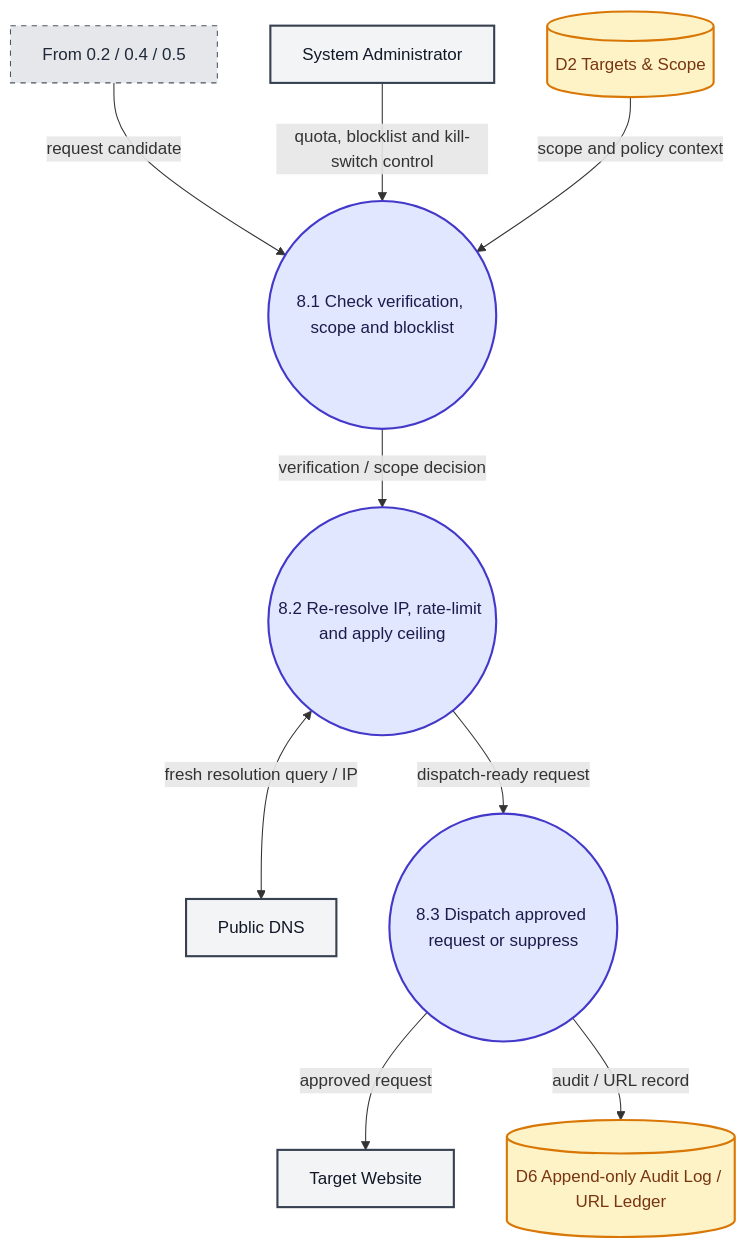
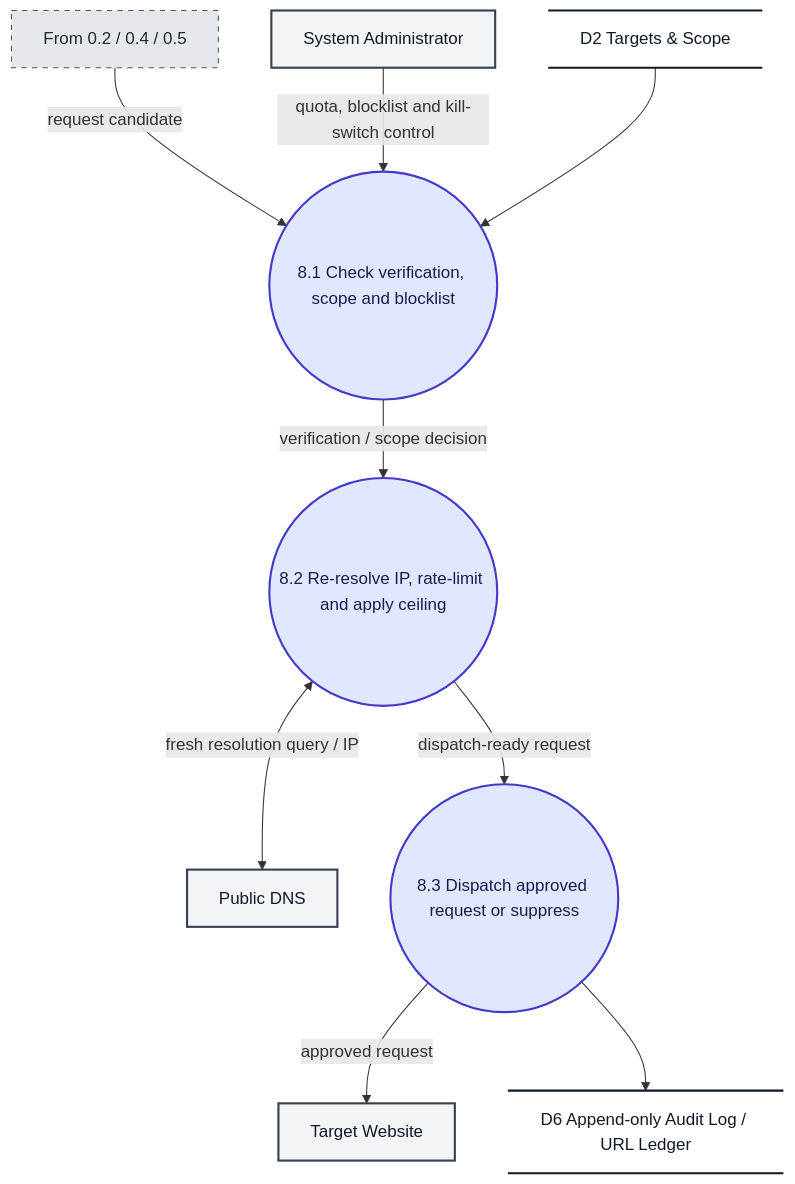
Before and after one commit to ksacheth/software-engineering: the tenth of 10 diagrams in docs/Website_Vulnerability_Scanner_DFD.md, drawn with Mermaid. The commit also changed other lines of this file and 25 other files, not shown here.

Commit message:
docs(dfd): standardize data store flows

````diff
--- a/docs/Website_Vulnerability_Scanner_DFD.md
+++ b/docs/Website_Vulnerability_Scanner_DFD.md
@@ -401,36 +409,36 @@
 ```mermaid
 flowchart TD
     %% Level 2 DFD - F.8 Safety, Auditing and Administration
 
     I_From["From 0.2 / 0.4 / 0.5"]
     Admin["System Administrator"]
     Target["Target Website"]
     DNS["Public DNS"]
 
     P81(("8.1 Check verification, scope and blocklist"))
     P82(("8.2 Re-resolve IP, rate-limit and apply ceiling"))
     P83(("8.3 Dispatch approved request or suppress"))
 
-    D2[("D2 Targets & Scope")]
-    D6[("D6 Append-only Audit Log / URL Ledger")]
+    D2@{ shape: datastore, label: "D2 Targets & Scope" }
+    D6@{ shape: datastore, label: "D6 Append-only Audit Log / URL Ledger" }
 
     I_From -->|"request candidate"| P81
     P81 -->|"verification / scope decision"| P82
     P82 -->|"dispatch-ready request"| P83
     P83 -->|"approved request"| Target
 
     Admin -->|"quota, blocklist and kill-switch control"| P81
-    D2 -->|"scope and policy context"| P81
+    D2 --> P81
     P82 <-->|"fresh resolution query / IP"| DNS
-    P83 -->|"audit / URL record"| D6
+    P83 --> D6
 
     %% Styling
     classDef process fill:#e0e7ff,stroke:#4338ca,stroke-width:2px,color:#1e1b4b;
     classDef entity fill:#f3f4f6,stroke:#374151,stroke-width:2px,color:#111827;
-    classDef store fill:#fef3c7,stroke:#d97706,stroke-width:2px,color:#78350f;
+    classDef store fill:transparent,stroke:#111827,stroke-width:2px,color:#111827;
     classDef iface fill:#e5e7eb,stroke:#4b5563,stroke-width:1px,stroke-dasharray: 5 5,color:#1f2937;
     class P81,P82,P83 process;
     class Admin,Target,DNS entity;
     class D2,D6 store;
     class I_From iface;
 ```
````
